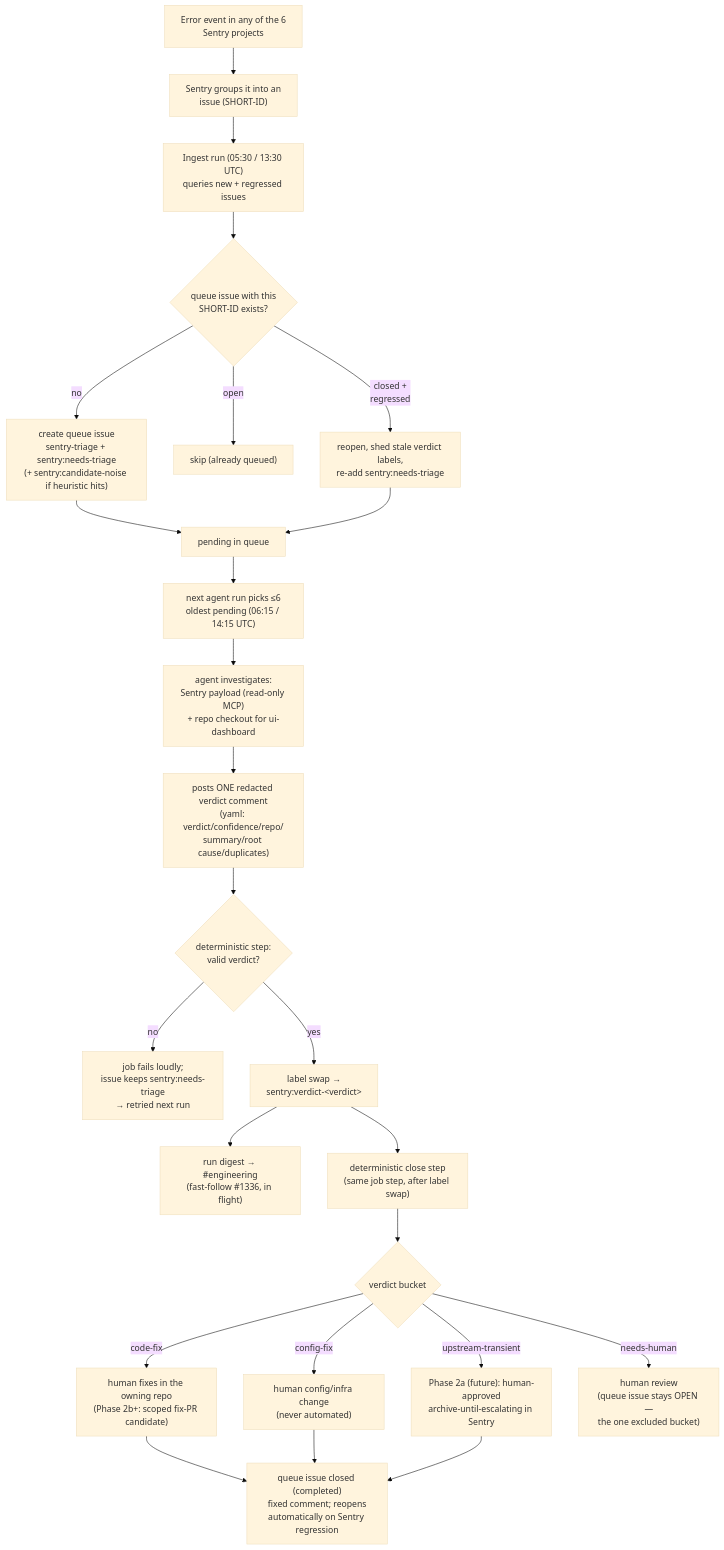
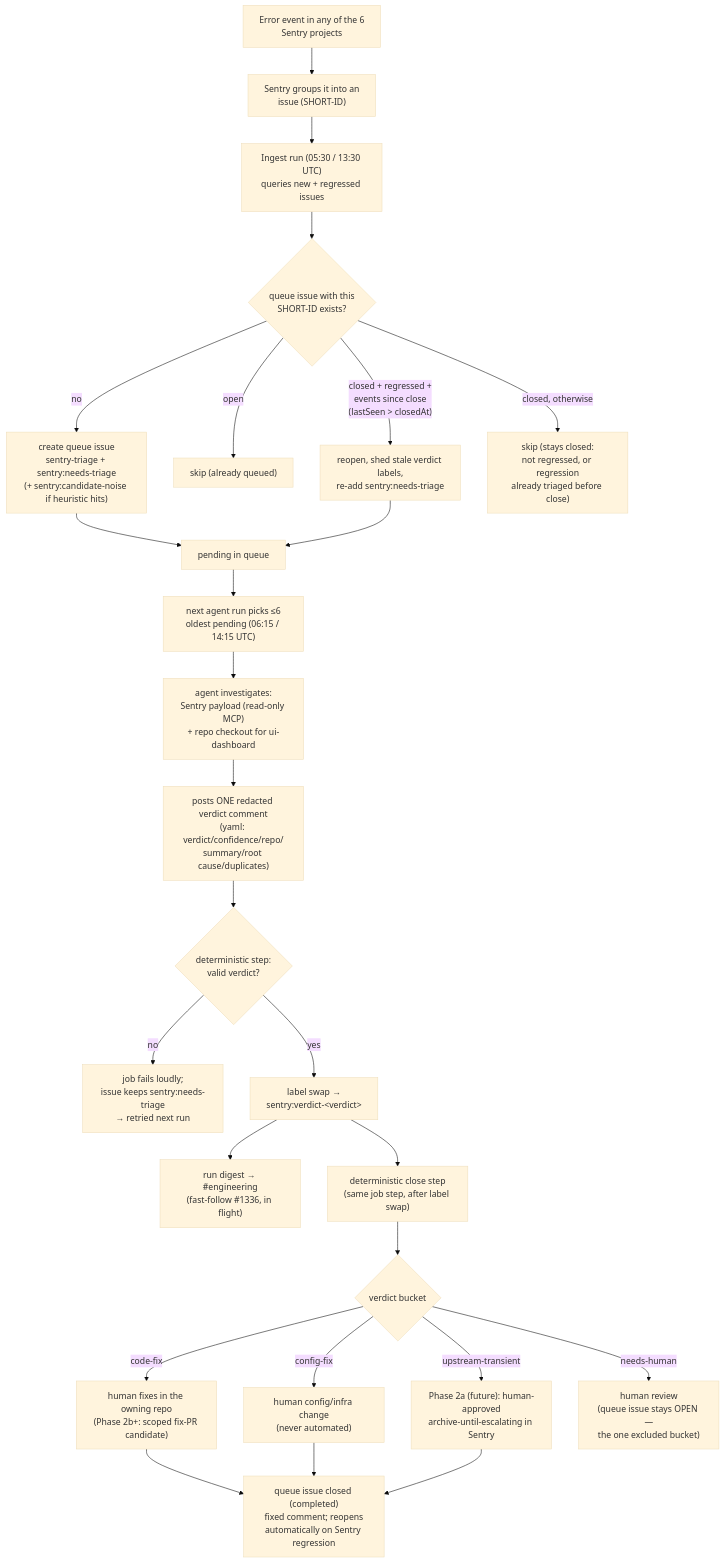
The second of 2 diagrams in docs/notes/sentry-triage-pipeline.md (mento-protocol/monitoring-monorepo), drawn with Mermaid (base theme) before and after one commit. The commit also changed other lines of this file and 3 other files, not shown here.

First line of the commit message:
fix(tooling): gate regression-reopen on events newer than the close

````diff
--- a/docs/notes/sentry-triage-pipeline.md
+++ b/docs/notes/sentry-triage-pipeline.md
@@ -85,27 +85,28 @@
 ```mermaid
 flowchart TD
     EV["Error event in any of the 6<br/>Sentry projects"] --> GRP["Sentry groups it into an<br/>issue (SHORT-ID)"]
     GRP --> POLL["Ingest run (05:30 / 13:30 UTC)<br/>queries new + regressed issues"]
     POLL --> KNOWN{"queue issue with this<br/>SHORT-ID exists?"}
     KNOWN -- "no" --> CREATE["create queue issue<br/>sentry-triage + sentry:needs-triage<br/>(+ sentry:candidate-noise if heuristic hits)"]
     KNOWN -- "open" --> SKIP["skip (already queued)"]
-    KNOWN -- "closed +<br/>regressed" --> REOPEN["reopen, shed stale verdict labels,<br/>re-add sentry:needs-triage"]
+    KNOWN -- "closed + regressed +<br/>events since close<br/>(lastSeen &gt; closedAt)" --> REOPEN["reopen, shed stale verdict labels,<br/>re-add sentry:needs-triage"]
+    KNOWN -- "closed, otherwise" --> STAY["skip (stays closed:<br/>not regressed, or regression<br/>already triaged before close)"]
     CREATE --> PEND["pending in queue"]
     REOPEN --> PEND
     PEND --> BATCH["next agent run picks ≤6<br/>oldest pending (06:15 / 14:15 UTC)"]
     BATCH --> INV["agent investigates:<br/>Sentry payload (read-only MCP)<br/>+ repo checkout for ui-dashboard"]
     INV --> VC["posts ONE redacted verdict comment<br/>(yaml: verdict/confidence/repo/<br/>summary/root cause/duplicates)"]
     VC --> VALID{"deterministic step:<br/>valid verdict?"}
     VALID -- "no" --> FAIL["job fails loudly;<br/>issue keeps sentry:needs-triage<br/>→ retried next run"]
     VALID -- "yes" --> SWAP["label swap →<br/>sentry:verdict-&lt;verdict&gt;"]
     SWAP --> DIGEST["run digest → #engineering<br/>(fast-follow #1336, in flight)"]
     SWAP --> CLOSESTEP["deterministic close step<br/>(same job step, after label swap)"]
     CLOSESTEP --> ROUTE{"verdict bucket"}
     ROUTE -- "code-fix" --> OWN["human fixes in the owning repo<br/>(Phase 2b+: scoped fix-PR candidate)"]
     ROUTE -- "config-fix" --> CFG["human config/infra change<br/>(never automated)"]
     ROUTE -- "upstream-transient" --> ARCH["Phase 2a (future): human-approved<br/>archive-until-escalating in Sentry"]
     ROUTE -- "needs-human" --> REV["human review<br/>(queue issue stays OPEN —<br/>the one excluded bucket)"]
     OWN --> CLOSED["queue issue closed (completed)<br/>fixed comment; reopens<br/>automatically on Sentry regression"]
     CFG --> CLOSED
     ARCH --> CLOSED
 ```
````
